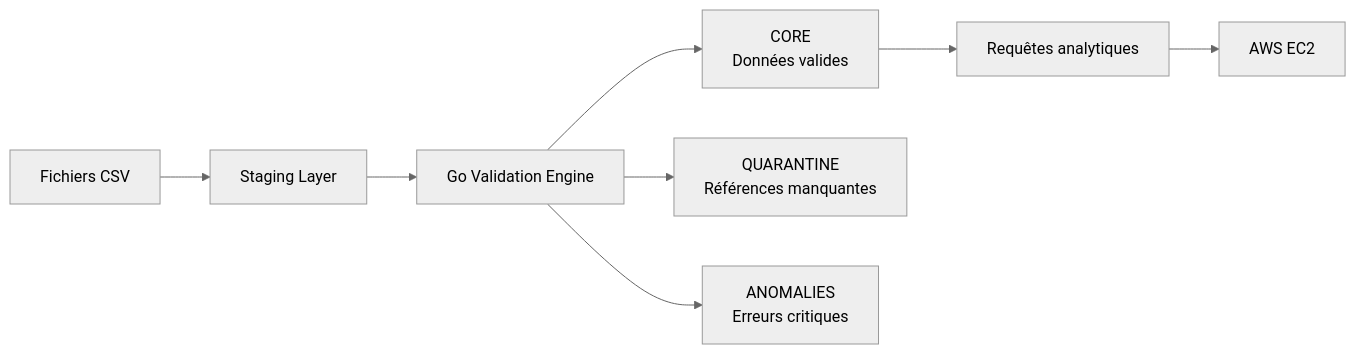
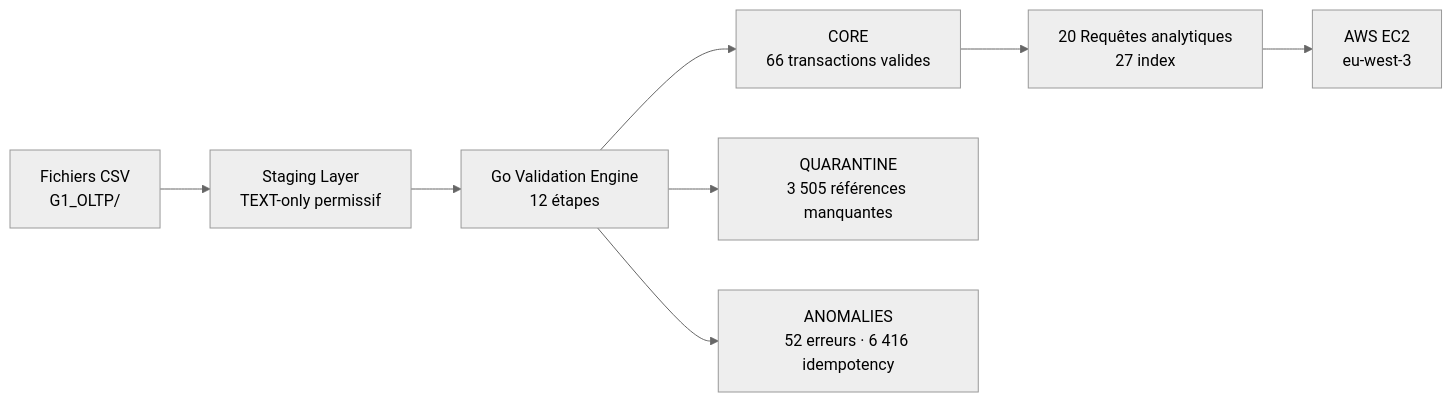
Before and after one commit to Bedra11/nafad-pay-g1-oltp: the first of 4 diagrams in README.md, drawn with Mermaid (neutral theme). The commit also changed other lines of this file and 3 other files, not shown here.

````diff
--- a/README.md
+++ b/README.md
@@ -42,14 +43,14 @@
 ```mermaid
 flowchart LR
 
-CSV[Fichiers CSV] --> Staging[Staging Layer]
+CSV[Fichiers CSV\nG1_OLTP/] --> Staging[Staging Layer\nTEXT-only permissif]
 
-Staging --> Go[Go Validation Engine]
+Staging --> Go[Go Validation Engine\n12 étapes]
 
-Go --> Core[CORE\nDonnées valides]
-Go --> Quarantine[QUARANTINE\nRéférences manquantes]
-Go --> Anomalies[ANOMALIES\nErreurs critiques]
+Go --> Core[CORE\n66 transactions valides]
+Go --> Quarantine[QUARANTINE\n3 505 références manquantes]
+Go --> Anomalies[ANOMALIES\n52 erreurs · 6 416 idempotency]
 
-Core --> Queries[Requêtes analytiques]
-Queries --> AWS[AWS EC2]
+Core --> Queries[20 Requêtes analytiques\n27 index]
+Queries --> AWS[AWS EC2\neu-west-3]
 ```
````
